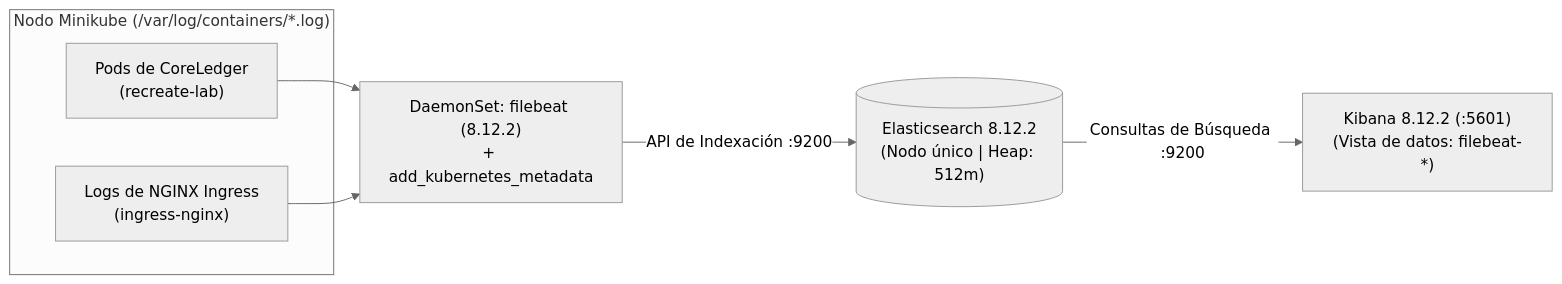
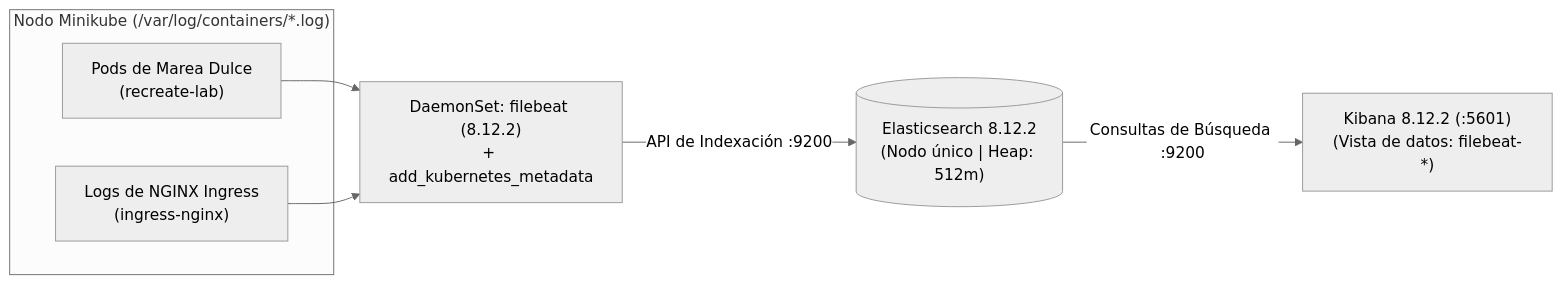
One commit to Esteban-GV/MareaDulce_Recreate changed the diagram in docs/elk.md. Above: the diagram before and after it, drawn with Mermaid (neutral theme). The commit also changed other lines of this file and 138 other files, not shown here.

Commit message:
feat(docs): migrate documentation, platform and architecture to Marea Dulce Recreate deployment

````diff
--- a/docs/elk.md
+++ b/docs/elk.md
@@ -17,11 +17,11 @@
 ```mermaid
 flowchart LR
     subgraph Nodo ["Nodo Minikube (/var/log/containers/*.log)"]
-        AppLogs["Pods de CoreLedger\n(recreate-lab)"]
+        AppLogs["Pods de Marea Dulce\n(recreate-lab)"]
         IngLogs["Logs de NGINX Ingress\n(ingress-nginx)"]
     end
 
     AppLogs & IngLogs --> FB["DaemonSet: filebeat (8.12.2)\n+ add_kubernetes_metadata"]
     FB -->|"API de Indexación :9200"| ES[("Elasticsearch 8.12.2\n(Nodo único | Heap: 512m)")]
     ES -->|"Consultas de Búsqueda :9200"| Kib["Kibana 8.12.2 (:5601)\n(Vista de datos: filebeat-*)"]
 ```
````
